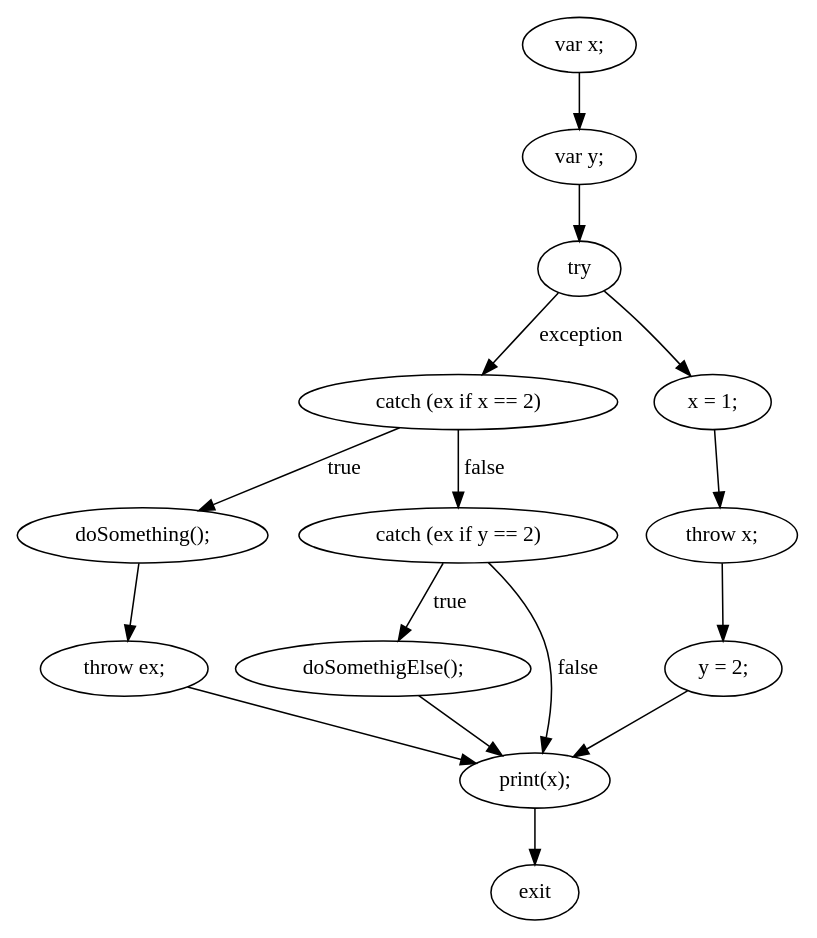
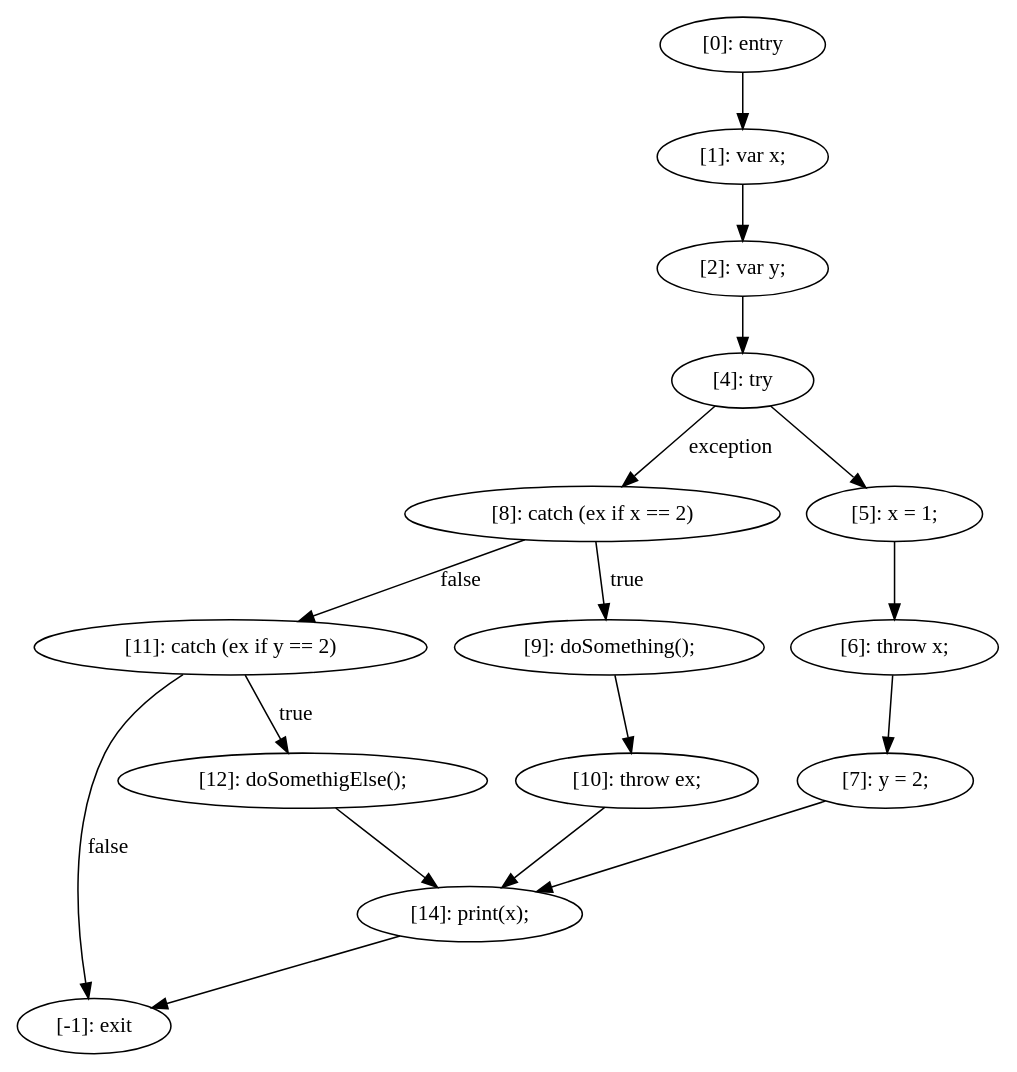
Before and after one commit to Shoreray/JsRetest: the diagram in JsRetest/jsTests/dotFiles/testThrow.js.0.dot, drawn with Graphviz. The commit also changed 236 other files, not shown here.

```diff
--- a/JsRetest/jsTests/dotFiles/testThrow.js.0.dot
+++ b/JsRetest/jsTests/dotFiles/testThrow.js.0.dot
@@ -1,30 +1,32 @@
 digraph {
-"0" [label="y = 2;\n"] 
-"1" [label="doSomething();\n"] 
-"2" [label="doSomethigElse();\n"] 
-"3" [label="throw ex;\n"] 
-"4" [label="try "] 
-"5" [label="catch (ex if x == 2) "] 
-"6" [label="var x;\n"] 
-"7" [label="throw x;\n"] 
-"8" [label="print(x);\n"] 
-"9" [label="catch (ex if y == 2) "] 
-"10" [label="exit"] 
-"11" [label="x = 1;\n"] 
-"12" [label="var y;\n"] 
-"0" -> "8" [label=""] 
-"1" -> "3" [label=""] 
-"2" -> "8" [label=""] 
-"3" -> "8" [label=""] 
-"4" -> "5" [label="exception"] 
-"4" -> "11" [label=""] 
-"5" -> "9" [label="false"] 
-"5" -> "1" [label="true"] 
-"6" -> "12" [label=""] 
-"7" -> "0" [label=""] 
-"8" -> "10" [label=""] 
-"9" -> "8" [label="false"] 
-"9" -> "2" [label="true"] 
-"11" -> "7" [label=""] 
-"12" -> "4" [label=""] 
+"0" [label="[-1]: exit"] 
+"1" [label="[11]: catch (ex if y == 2) "] 
+"2" [label="[0]: entry"] 
+"3" [label="[14]: print(x);\n"] 
+"4" [label="[8]: catch (ex if x == 2) "] 
+"5" [label="[5]: x = 1;\n"] 
+"6" [label="[2]: var y;\n"] 
+"7" [label="[9]: doSomething();\n"] 
+"8" [label="[12]: doSomethigElse();\n"] 
+"9" [label="[7]: y = 2;\n"] 
+"10" [label="[4]: try "] 
+"11" [label="[10]: throw ex;\n"] 
+"12" [label="[1]: var x;\n"] 
+"13" [label="[6]: throw x;\n"] 
+"1" -> "0" [label="false"] 
+"1" -> "8" [label="true"] 
+"2" -> "12" [label=""] 
+"3" -> "0" [label=""] 
+"4" -> "1" [label="false"] 
+"4" -> "7" [label="true"] 
+"5" -> "13" [label=""] 
+"6" -> "10" [label=""] 
+"7" -> "11" [label=""] 
+"8" -> "3" [label=""] 
+"9" -> "3" [label=""] 
+"10" -> "4" [label="exception"] 
+"10" -> "5" [label=""] 
+"11" -> "3" [label=""] 
+"12" -> "6" [label=""] 
+"13" -> "9" [label=""] 
 }
```
